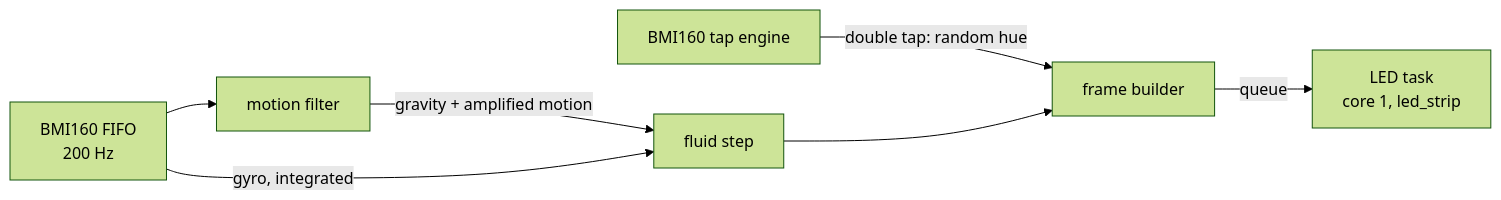
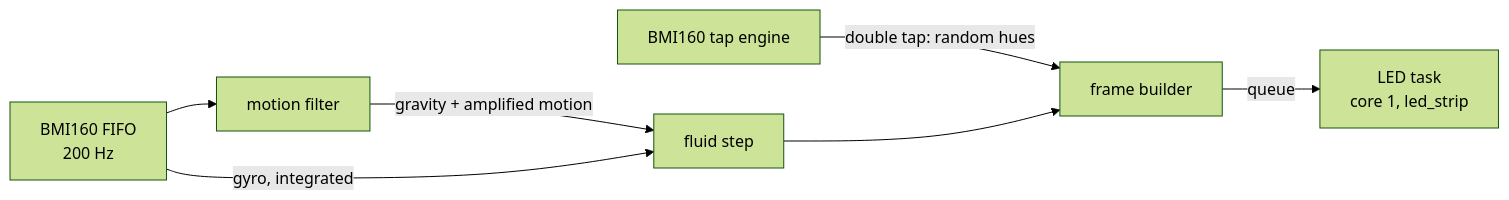
One commit to psytraxx/gravity-cube-espidf changed the third of 3 diagrams in README.md. Above: the diagram before and after it, drawn with Mermaid (forest theme). The commit also changed other lines of this file and 6 other files, not shown here.

````diff
--- a/README.md
+++ b/README.md
@@ -211,9 +213,9 @@
 ```mermaid
 flowchart LR
     IMU[BMI160 FIFO<br/>200 Hz] --> MF[motion filter]
-    TAP[BMI160 tap engine] -->|double tap: random hue| FB
+    TAP[BMI160 tap engine] -->|double tap: random hues| FB
     MF -->|gravity + amplified motion| FX[fluid step]
     IMU -->|gyro, integrated| FX
     FX --> FB[frame builder]
     FB -->|queue| LED[LED task<br/>core 1, led_strip]
 ```
````
